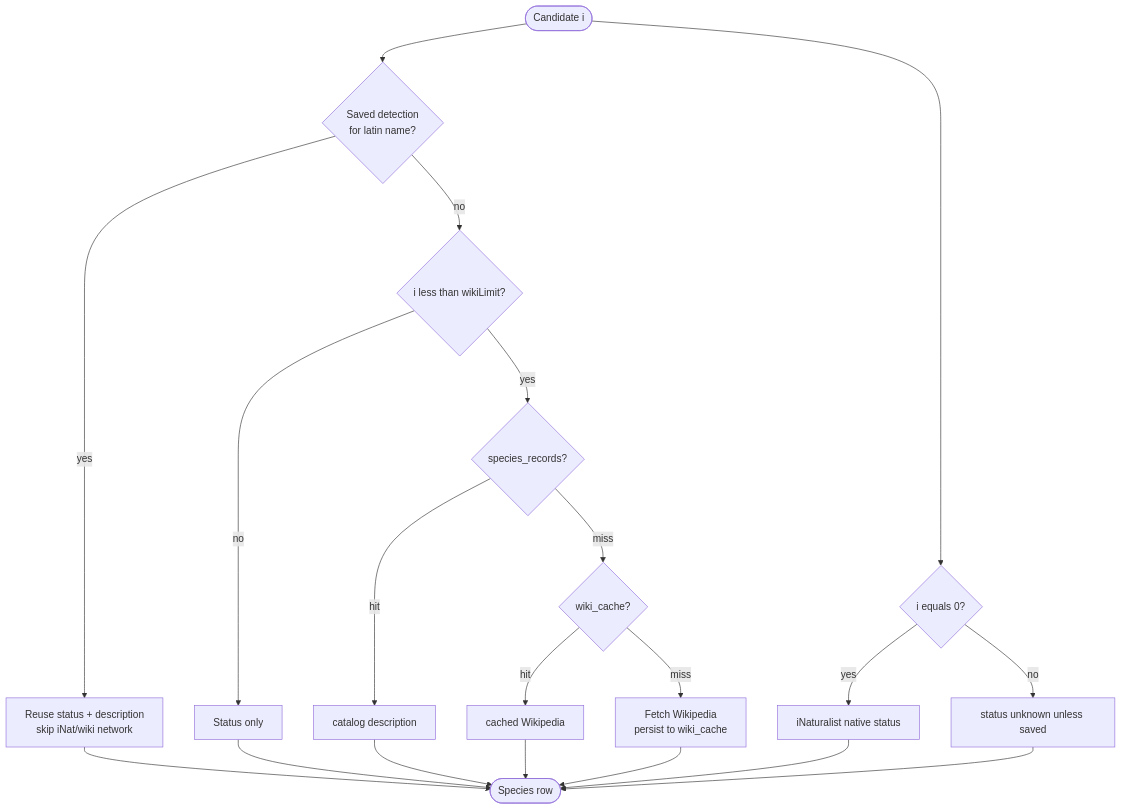
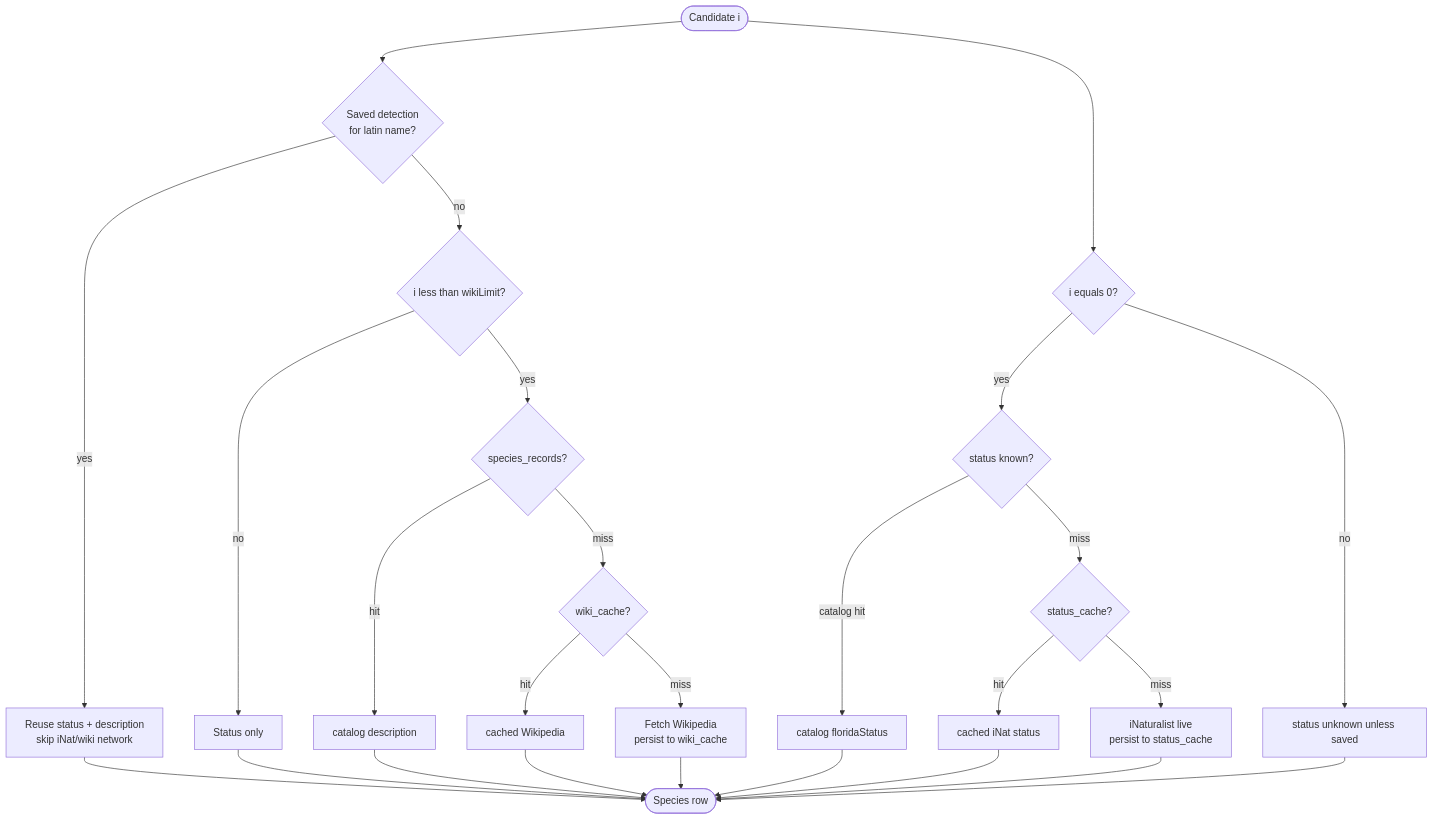
One commit to vonderasche/near-nature changed the tenth of 12 diagrams in docs/ARCHITECTURE.md. Above: the diagram before and after it, drawn with Mermaid. The commit also changed other lines of this file and 10 other files, not shown here.

First line of the commit message:
Cache iNaturalist native status in SQLite to cut repeat API calls.

````diff
--- a/docs/ARCHITECTURE.md
+++ b/docs/ARCHITECTURE.md
@@ -312,25 +314,31 @@
 ```mermaid
 flowchart TD
   Start([Candidate i]) --> Saved{Saved detection<br/>for latin name?}
   Saved -->|yes| UseSaved[Reuse status + description<br/>skip iNat/wiki network]
   Saved -->|no| WikiQ{i less than wikiLimit?}
 
   WikiQ -->|no| StatusOnly[Status only]
   WikiQ -->|yes| Cat{species_records?}
   Cat -->|hit| CatDesc[catalog description]
   Cat -->|miss| WC{wiki_cache?}
   WC -->|hit| CacheDesc[cached Wikipedia]
   WC -->|miss| WikiLive[Fetch Wikipedia<br/>persist to wiki_cache]
 
   Start --> Primary{i equals 0?}
-  Primary -->|yes| INat[iNaturalist native status]
+  Primary -->|yes| StatusChain{status known?}
+  StatusChain -->|catalog hit| CatStatus[catalog floridaStatus]
+  StatusChain -->|miss| SC{status_cache?}
+  SC -->|hit| CacheStatus[cached iNat status]
+  SC -->|miss| INat[iNaturalist live<br/>persist to status_cache]
   Primary -->|no| AltStatus[status unknown unless saved]
 
   CatDesc --> Done([Species row])
   CacheDesc --> Done
   WikiLive --> Done
   UseSaved --> Done
   StatusOnly --> Done
+  CatStatus --> Done
+  CacheStatus --> Done
   INat --> Done
   AltStatus --> Done
 ```
````
